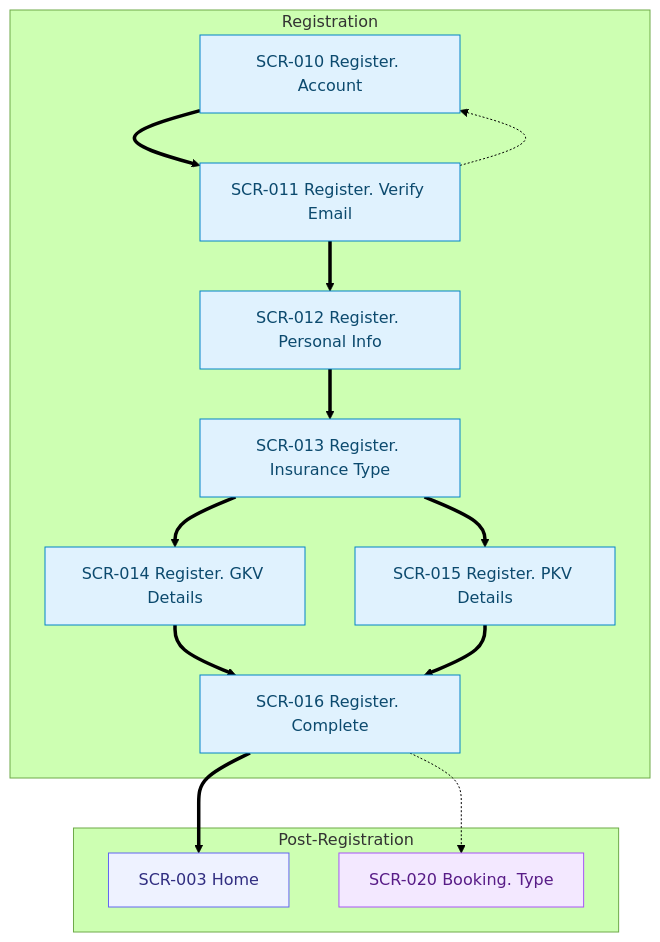
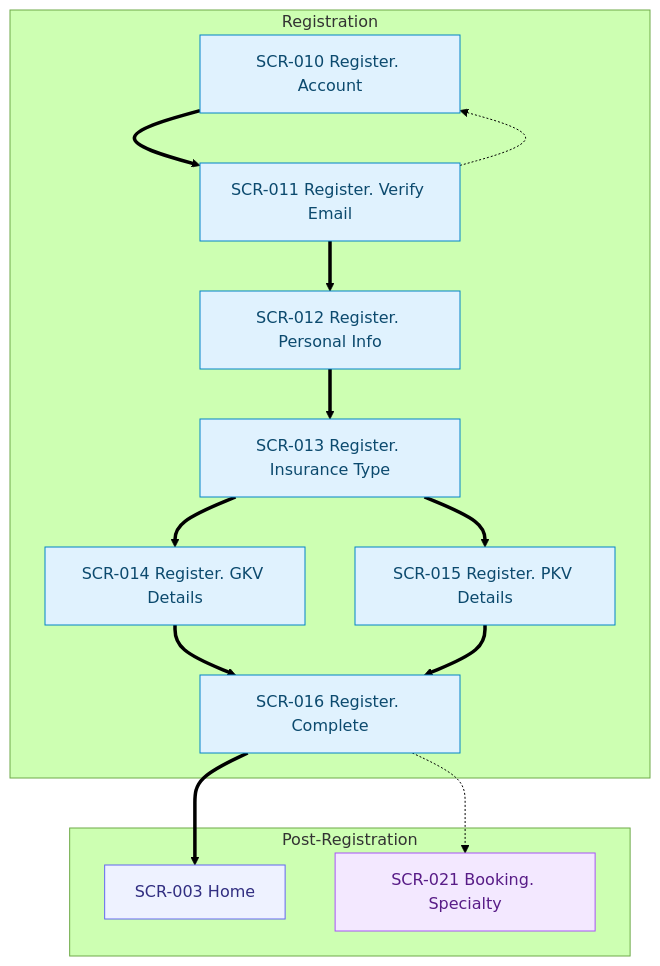
One commit to garyctc/MedAlpha-Flow changed the first of 4 diagrams in docs/artifacts/userflows/FLOWS.md. Above: the diagram before and after it, drawn with Mermaid (forest theme). The commit also changed other lines of this file and 7 other files, not shown here.

````diff
--- a/docs/artifacts/userflows/FLOWS.md
+++ b/docs/artifacts/userflows/FLOWS.md
@@ -15,34 +15,34 @@
 ```mermaid
 graph TD
   %% Class palette (domain colors)
   classDef auth fill:#E0F2FE,stroke:#0284C7,color:#0C4A6E;
   classDef hub fill:#EEF2FF,stroke:#6366F1,color:#312E81;
   classDef booking fill:#F3E8FF,stroke:#A855F7,color:#581C87;
 
   subgraph REG[Registration]
     reg-account["SCR-010 Register. Account"]
     reg-verify-email["SCR-011 Register. Verify Email"]
     reg-personal-info["SCR-012 Register. Personal Info"]
     reg-insurance-type["SCR-013 Register. Insurance Type"]
     reg-gkv-details["SCR-014 Register. GKV Details"]
     reg-pkv-details["SCR-015 Register. PKV Details"]
     reg-complete["SCR-016 Register. Complete"]
   end
 
   subgraph EXIT[Post-Registration]
     hub-home["SCR-003 Home"]
-    booking-type["SCR-020 Booking. Type"]
+    booking-specialty["SCR-021 Booking. Specialty"]
   end
 
   reg-account ==> reg-verify-email ==> reg-personal-info ==> reg-insurance-type
   reg-insurance-type ==> reg-gkv-details ==> reg-complete
   reg-insurance-type ==> reg-pkv-details ==> reg-complete
   reg-verify-email -.-> reg-account
 
   reg-complete ==> hub-home
-  reg-complete -.-> booking-type
+  reg-complete -.-> booking-specialty
 
   class reg-account,reg-verify-email,reg-personal-info,reg-insurance-type,reg-gkv-details,reg-pkv-details,reg-complete auth;
   class hub-home hub;
-  class booking-type booking;
+  class booking-specialty booking;
 ```
````
